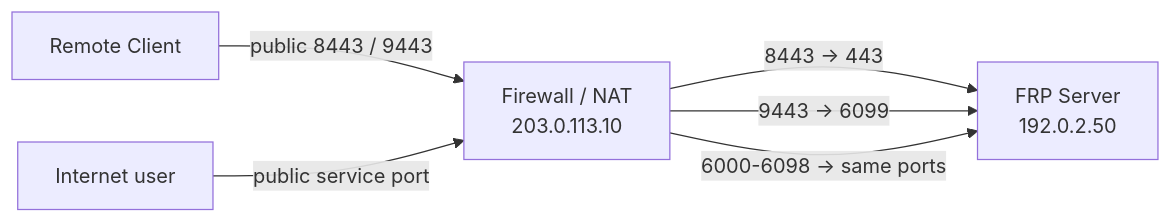
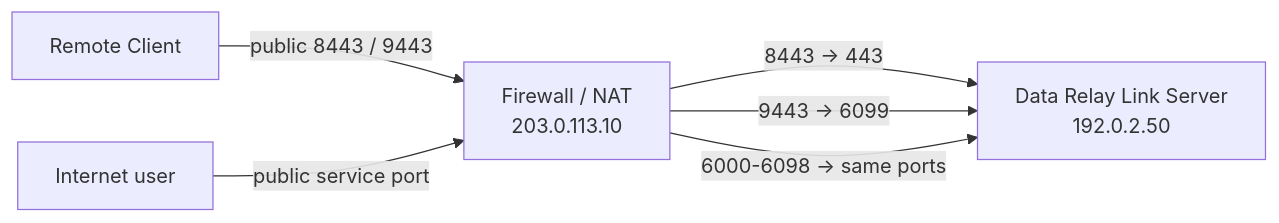
Before and after one commit to datarelay-labs/data-relay-link-docs: the second of 4 diagrams in ko/deployment/firewall-nat.mdx, drawn with Mermaid. The commit also changed other lines of this file and 32 other files, not shown here.

````diff
--- a/ko/deployment/firewall-nat.mdx
+++ b/ko/deployment/firewall-nat.mdx
@@ -32,8 +32,8 @@
 ```mermaid
 flowchart LR
     C[Remote Client] -->|public 8443 / 9443| F[Firewall / NAT\n203.0.113.10]
     U[Internet user] -->|public service port| F
-    F -->|8443 -> 443| S[FRP Server\n192.0.2.50]
+    F -->|8443 -> 443| S[Data Relay Link Server\n192.0.2.50]
     F -->|9443 -> 6099| S
     F -->|6000-6098 -> same ports| S
 ```
````
